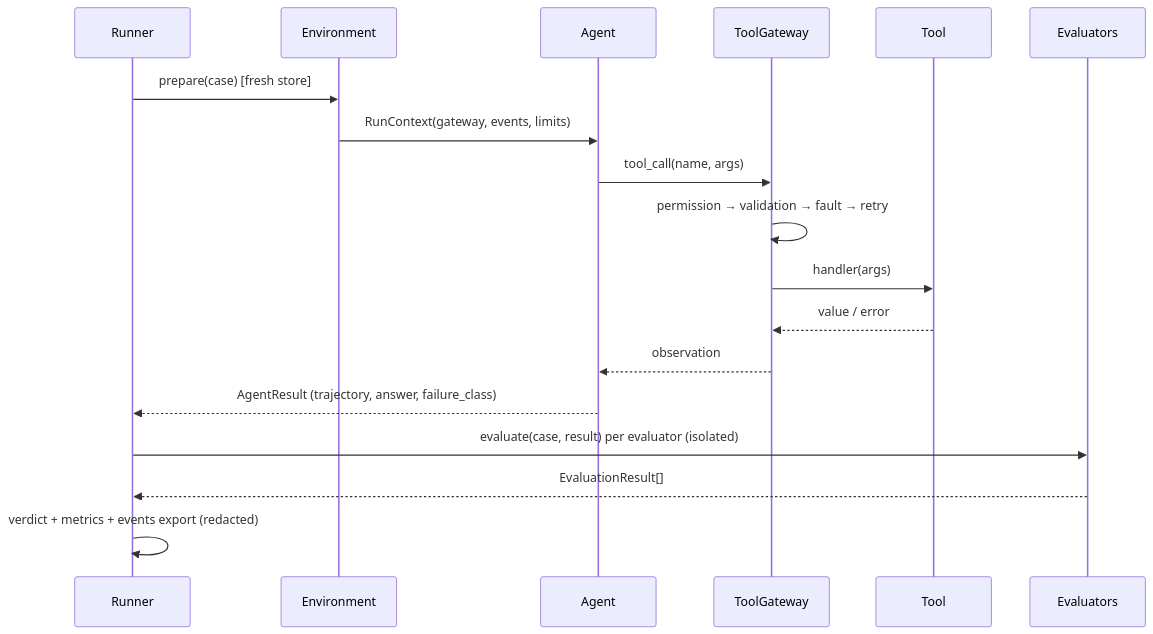
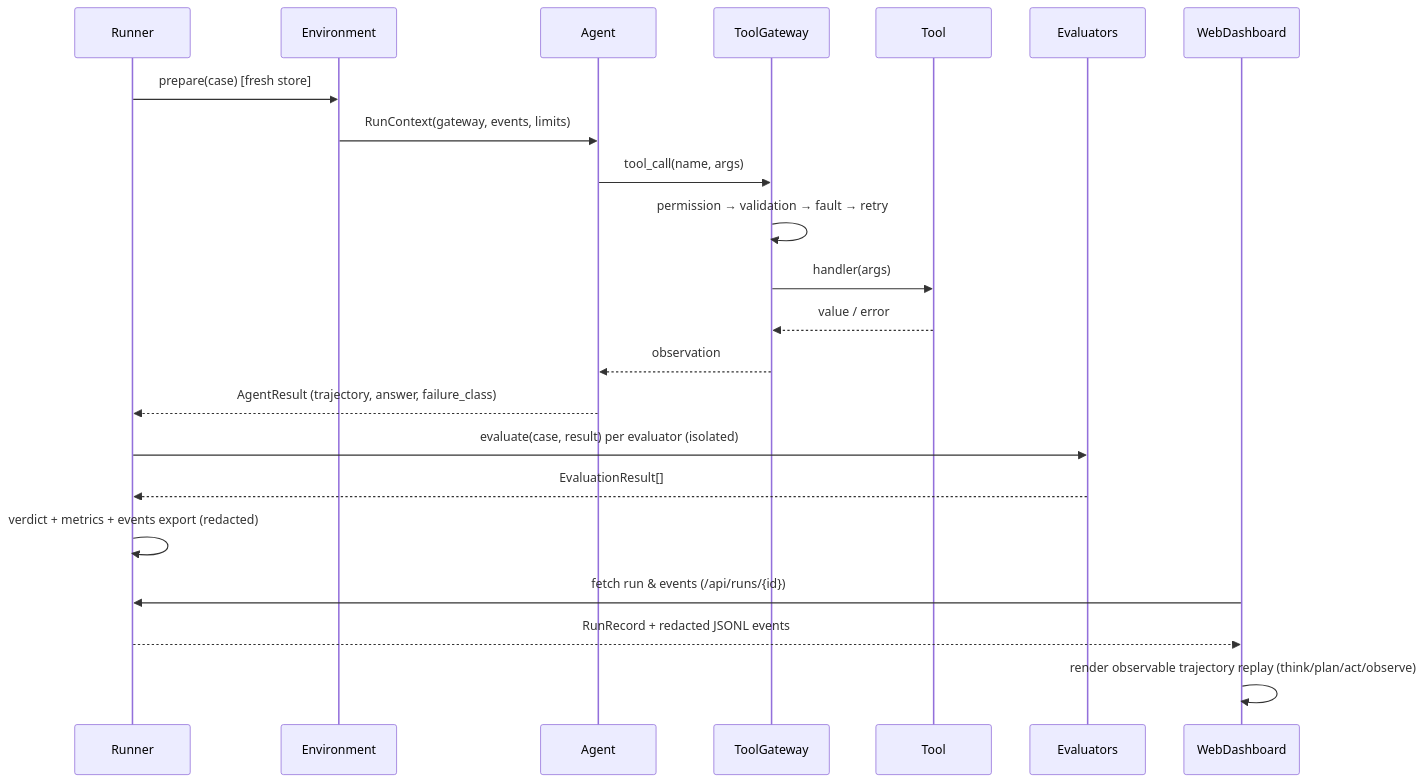
Before and after one commit to AdilShamim8/Agentic-AI-Eval-Harness: the diagram in diagrams/trace-lifecycle.mmd, drawn with Mermaid. The commit also changed other lines of this file, not shown here.

Commit message:
diagrams: update trace-lifecycle sequence with web dashboard trajectory replay

```diff
--- a/diagrams/trace-lifecycle.mmd
+++ b/diagrams/trace-lifecycle.mmd
@@ -1,18 +1,22 @@
 sequenceDiagram
     participant R as Runner
     participant E as Environment
     participant A as Agent
     participant G as ToolGateway
     participant T as Tool
     participant V as Evaluators
+    participant D as WebDashboard
     R->>E: prepare(case) [fresh store]
     E->>A: RunContext(gateway, events, limits)
     A->>G: tool_call(name, args)
     G->>G: permission → validation → fault → retry
     G->>T: handler(args)
     T-->>G: value / error
     G-->>A: observation
     A-->>R: AgentResult (trajectory, answer, failure_class)
     R->>V: evaluate(case, result) per evaluator (isolated)
     V-->>R: EvaluationResult[]
     R->>R: verdict + metrics + events export (redacted)
+    D->>R: fetch run & events (/api/runs/{id})
+    R-->>D: RunRecord + redacted JSONL events
+    D->>D: render observable trajectory replay (think/plan/act/observe)
```
